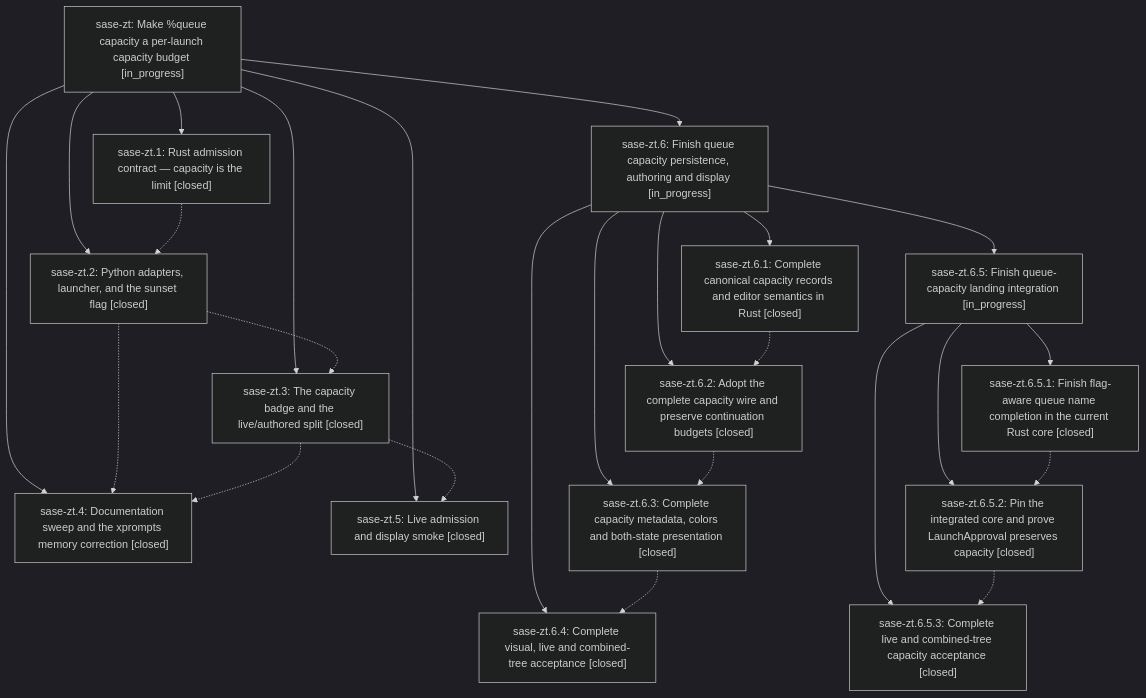
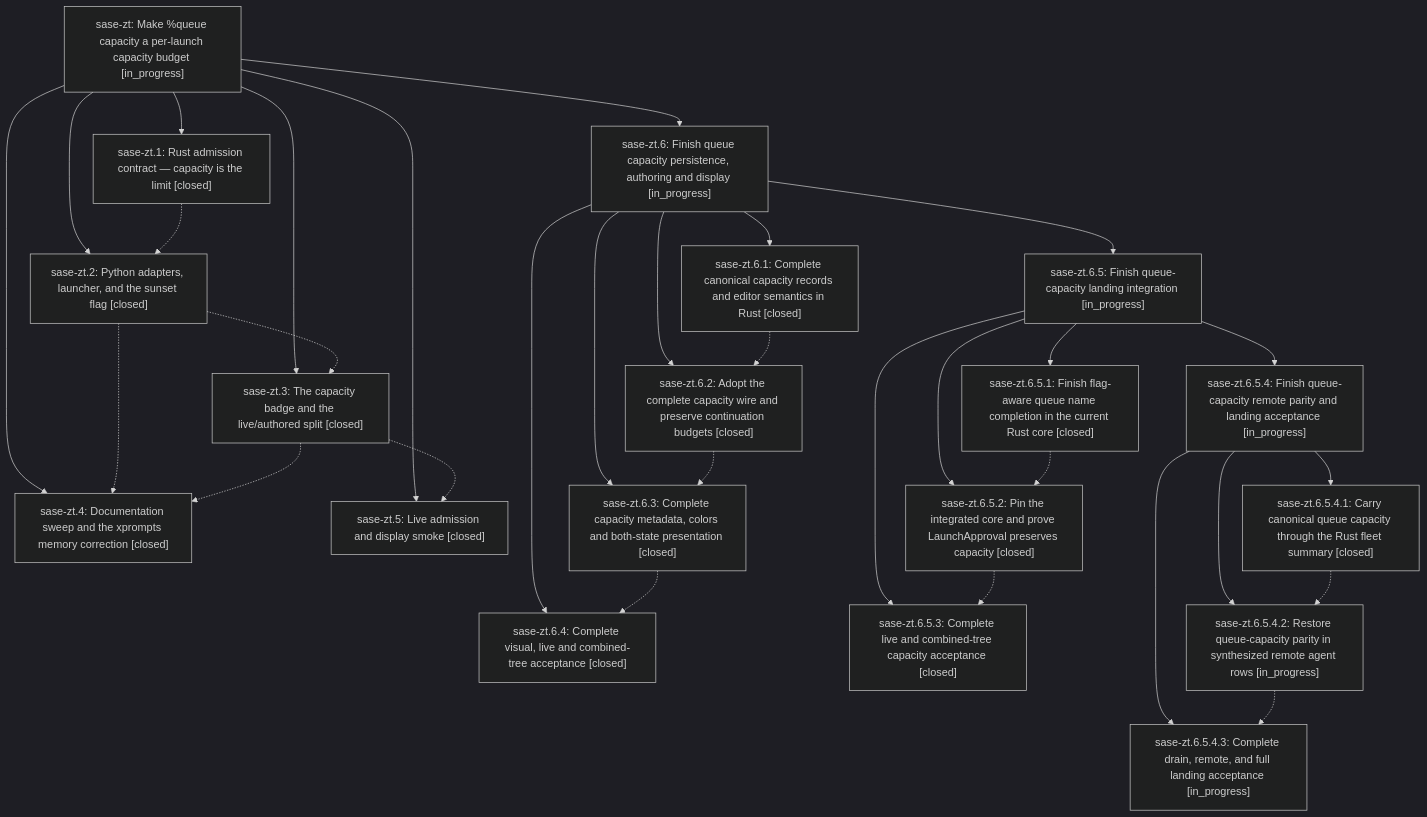
The diagram in pages/sase-zt/README.md (sase-org/sase--beads), drawn with Mermaid (dark theme) before and after one commit. The commit also changed other lines of this file and 5 other files, not shown here.

````diff
--- a/pages/sase-zt/README.md
+++ b/pages/sase-zt/README.md
@@ -50,42 +50,52 @@
 ```mermaid
 flowchart TD
     n0["sase-zt: Make %queue capacity a per-launch capacity budget [in_progress]"]
     n1["sase-zt.1: Rust admission contract — capacity is the limit [closed]"]
     n2["sase-zt.2: Python adapters, launcher, and the sunset flag [closed]"]
     n3["sase-zt.3: The capacity badge and the live/authored split [closed]"]
     n4["sase-zt.4: Documentation sweep and the xprompts memory correction [closed]"]
     n5["sase-zt.5: Live admission and display smoke [closed]"]
     n6["sase-zt.6: Finish queue capacity persistence, authoring and display [in_progress]"]
     n7["sase-zt.6.1: Complete canonical capacity records and editor semantics in Rust [closed]"]
     n8["sase-zt.6.2: Adopt the complete capacity wire and preserve continuation budgets [closed]"]
     n9["sase-zt.6.3: Complete capacity metadata, colors and both-state presentation [closed]"]
     n10["sase-zt.6.4: Complete visual, live and combined-tree acceptance [closed]"]
     n11["sase-zt.6.5: Finish queue-capacity landing integration [in_progress]"]
     n12["sase-zt.6.5.1: Finish flag-aware queue name completion in the current Rust core [closed]"]
     n13["sase-zt.6.5.2: Pin the integrated core and prove LaunchApproval preserves capacity [closed]"]
     n14["sase-zt.6.5.3: Complete live and combined-tree capacity acceptance [closed]"]
+    n15["sase-zt.6.5.4: Finish queue-capacity remote parity and landing acceptance [in_progress]"]
+    n16["sase-zt.6.5.4.1: Carry canonical queue capacity through the Rust fleet summary [closed]"]
+    n17["sase-zt.6.5.4.2: Restore queue-capacity parity in synthesized remote agent rows [in_progress]"]
+    n18["sase-zt.6.5.4.3: Complete drain, remote, and full landing acceptance [in_progress]"]
     n0 --> n1
     n0 --> n2
     n0 --> n3
     n0 --> n4
     n0 --> n5
     n0 --> n6
     n6 --> n7
     n6 --> n8
     n6 --> n9
     n6 --> n10
     n6 --> n11
     n11 --> n12
     n11 --> n13
     n11 --> n14
+    n11 --> n15
+    n15 --> n16
+    n15 --> n17
+    n15 --> n18
     n1 -.-> n2
     n2 -.-> n3
     n2 -.-> n4
     n3 -.-> n4
     n3 -.-> n5
     n7 -.-> n8
     n8 -.-> n9
     n9 -.-> n10
     n12 -.-> n13
     n13 -.-> n14
+    n16 -.-> n17
+    n17 -.-> n18
 ```
````
